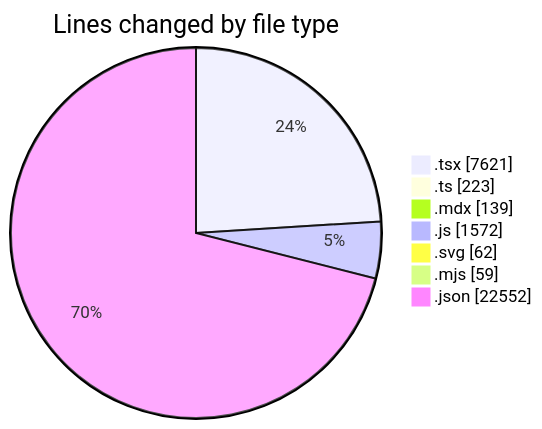
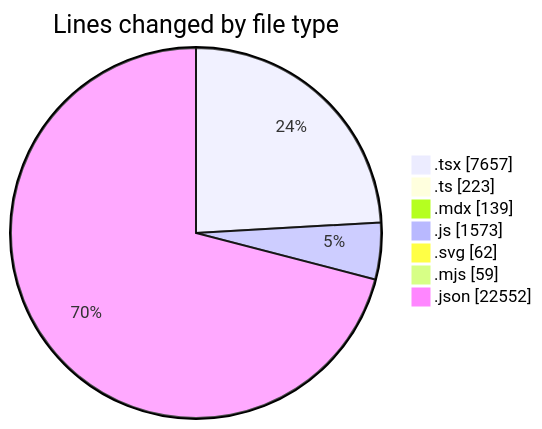
Before and after one commit to Elitesun/code-tracking: the first of 2 diagrams in 2025-05-10/elitesun/README.md, drawn with Mermaid. The commit also changed other lines of this file and 1 other file, not shown here.

````diff
--- a/2025-05-10/elitesun/README.md
+++ b/2025-05-10/elitesun/README.md
@@ -45,11 +45,11 @@
 ```mermaid
 pie showData
 title Lines changed by file type
-".tsx" : 7621
+".tsx" : 7657
 ".ts" : 223
 ".mdx" : 139
-".js" : 1572
+".js" : 1573
 ".svg" : 62
 ".mjs" : 59
 ".json" : 22552
 ```
````
